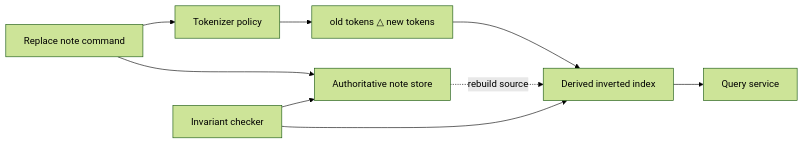
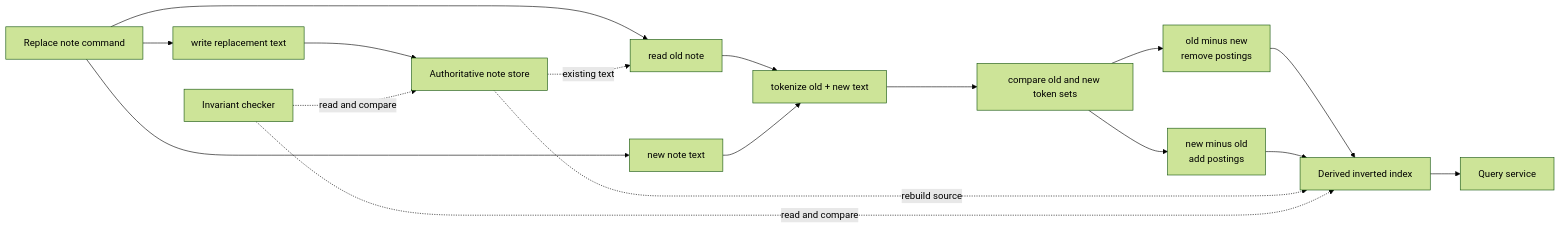
One commit to michaeliu3/atlas-academy-python-cs changed the eighth of 9 diagrams in content/modules/08_hashing_dictionaries_sets_indexing.md. Above: the diagram before and after it, drawn with Mermaid (forest theme). The commit also changed other lines of this file and 8 other files, not shown here.

````diff
--- a/content/modules/08_hashing_dictionaries_sets_indexing.md
+++ b/content/modules/08_hashing_dictionaries_sets_indexing.md
@@ -1018,11 +1044,22 @@
 ```mermaid
+%% atlas-diagram-id: m08-derived-index-update-architecture
+%% atlas-diagram-title: Replacing a note maintains a derived index from authoritative data
+%% atlas-diagram-alt: A replace command reads the old authoritative text and accepts replacement text. Both are tokenized and compared: old-minus-new tokens remove postings and new-minus-old tokens add postings, while a distinct write updates the note store. The store can rebuild the index, and an invariant checker can read and compare both states to detect disagreement.
 flowchart LR
-    CMD["Replace note command"] --> STORE["Authoritative note store"]
-    CMD --> TOK["Tokenizer policy"]
-    TOK --> DELTA["old tokens △ new tokens"]
-    DELTA --> INDEX["Derived inverted index"]
+    CMD["Replace note command"] --> READ["read old note"]
+    STORE -. "existing text" .-> READ
+    CMD --> NEW["new note text"]
+    READ --> TOK["tokenize old + new text"]
+    NEW --> TOK
+    CMD --> WRITE["write replacement text"]
+    WRITE --> STORE["Authoritative note store"]
+    TOK --> DELTA["compare old and new token sets"]
+    DELTA --> REMOVE["old minus new<br/>remove postings"]
+    DELTA --> ADD["new minus old<br/>add postings"]
+    REMOVE --> INDEX["Derived inverted index"]
+    ADD --> INDEX
     INDEX --> QUERY["Query service"]
     STORE -. "rebuild source" .-> INDEX
-    VERIFY["Invariant checker"] --> STORE
-    VERIFY --> INDEX
+    VERIFY["Invariant checker"] -. "read and compare" .-> STORE
+    VERIFY -. "read and compare" .-> INDEX
 ```
````
